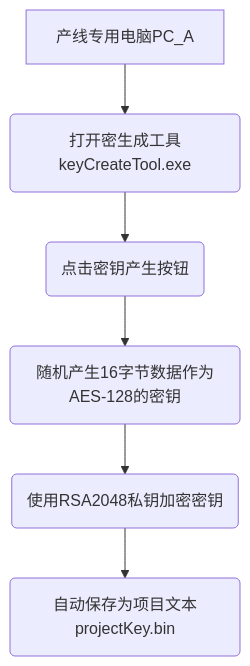
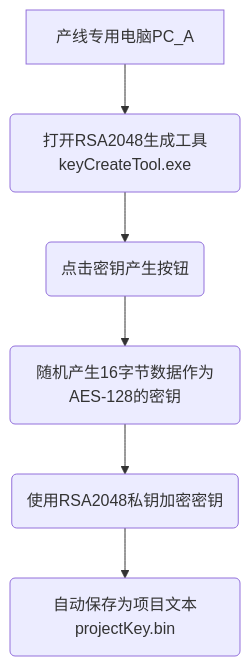
One commit to facebook-cloud/iodraw-files changed the diagram in all/未命名-10.md. Above: the diagram before and after it, drawn with Mermaid.

Commit message:
2026-01-06 20:23:50 update

````diff
--- a/all/未命名-10.md
+++ b/all/未命名-10.md
@@ -1,8 +1,8 @@
 ```mermaid
 graph TD
-    A[产线专用电脑PC_A] --> B(打开密生成工具keyCreateTool.exe)
+    A[产线专用电脑PC_A] --> B(打开RSA2048生成工具keyCreateTool.exe)
     B --> C(点击密钥产生按钮)
     C --> D(随机产生16字节数据作为AES-128的密钥)
     D --> E(使用RSA2048私钥加密密钥)
     E --> F(自动保存为项目文本projectKey.bin)
 ```
````
